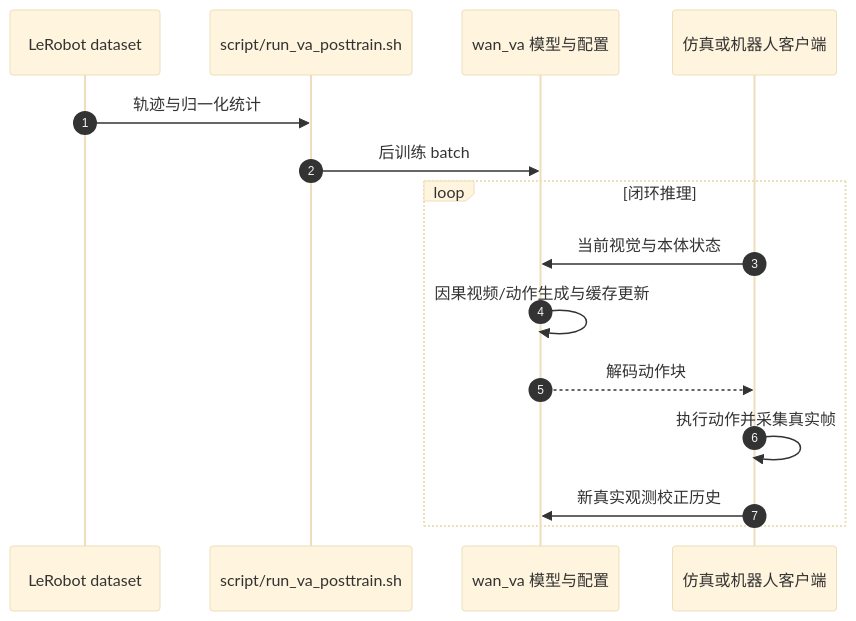
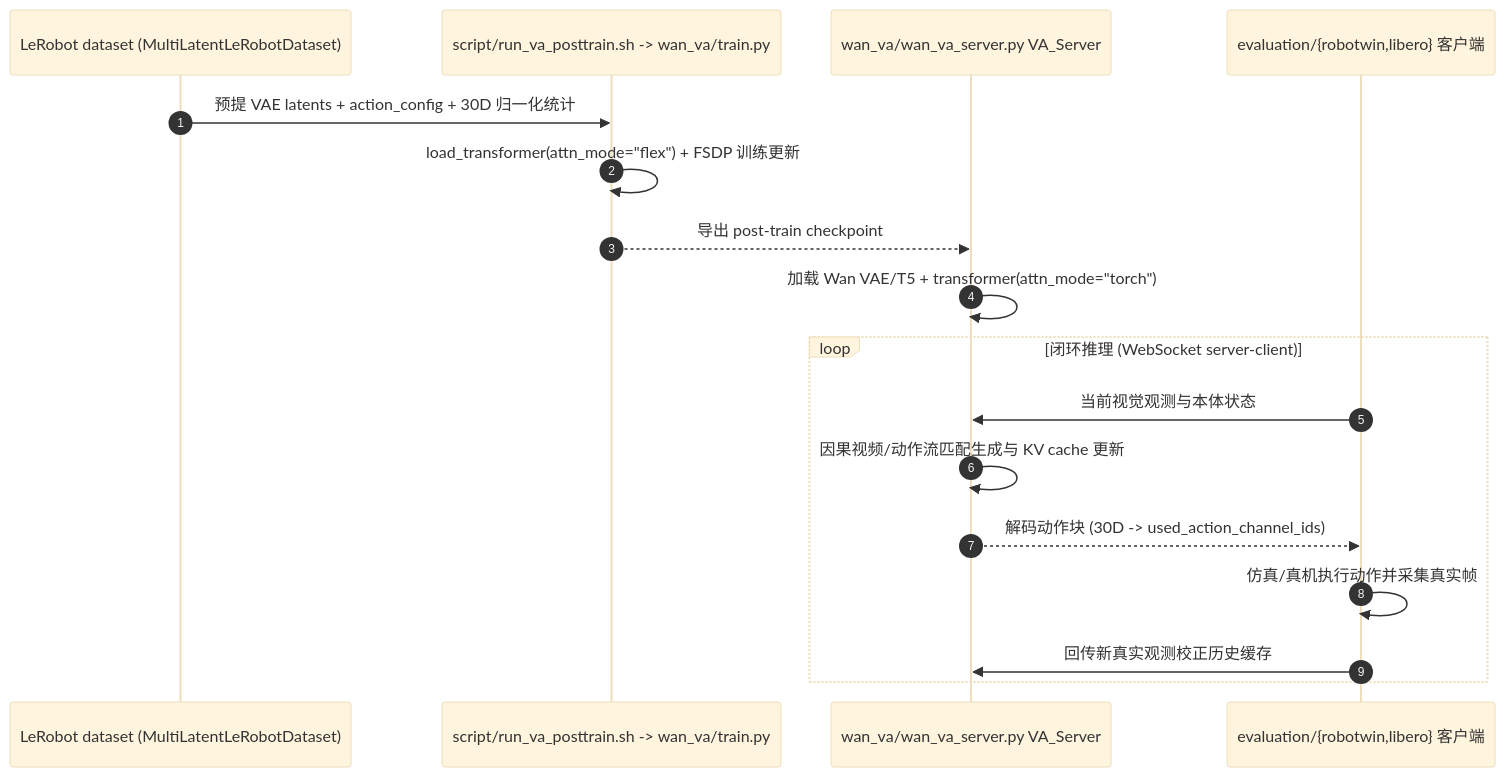
One commit to ImChong/Robotics_Notebooks changed the second of 3 diagrams in wiki/entities/paper-sa-2601-21998-lingbot-va-causal-video-action-world-model-for-g.md. Above: the diagram before and after it, drawn with Mermaid (base theme). The commit also changed other lines of this file and 450 other files, not shown here.

Commit message:
[2026-11-22] ingest | sources/ & wiki/ — 补齐 33 家公司路线 165/167 节点一手原文通读、骨架与 Mermaid 图表至 3/3

````diff
--- a/wiki/entities/paper-sa-2601-21998-lingbot-va-causal-video-action-world-model-for-g.md
+++ b/wiki/entities/paper-sa-2601-21998-lingbot-va-causal-video-action-world-model-for-g.md
@@ -77,17 +82,19 @@
 ```mermaid
 sequenceDiagram
     autonumber
-    participant D as LeRobot dataset
-    participant T as script/run_va_posttrain.sh
-    participant M as wan_va 模型与配置
-    participant C as 仿真或机器人客户端
-    D->>T: 轨迹与归一化统计
-    T->>M: 后训练 batch
-    loop 闭环推理
-        C->>M: 当前视觉与本体状态
-        M->>M: 因果视频/动作生成与缓存更新
-        M-->>C: 解码动作块
-        C->>C: 执行动作并采集真实帧
-        C->>M: 新真实观测校正历史
+    participant D as LeRobot dataset (MultiLatentLeRobotDataset)
+    participant T as script/run_va_posttrain.sh -> wan_va/train.py
+    participant M as wan_va/wan_va_server.py VA_Server
+    participant C as evaluation/{robotwin,libero} 客户端
+    D->>T: 预提 VAE latents + action_config + 30D 归一化统计
+    T->>T: load_transformer(attn_mode="flex") + FSDP 训练更新
+    T-->>M: 导出 post-train checkpoint
+    M->>M: 加载 Wan VAE/T5 + transformer(attn_mode="torch")
+    loop 闭环推理 (WebSocket server-client)
+        C->>M: 当前视觉观测与本体状态
+        M->>M: 因果视频/动作流匹配生成与 KV cache 更新
+        M-->>C: 解码动作块 (30D -> used_action_channel_ids)
+        C->>C: 仿真/真机执行动作并采集真实帧
+        C->>M: 回传新真实观测校正历史缓存
     end
 ```
````
